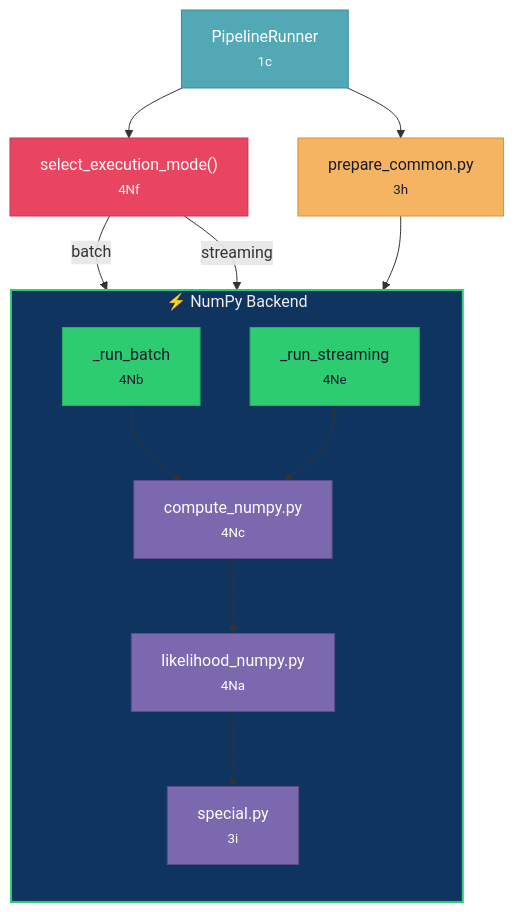
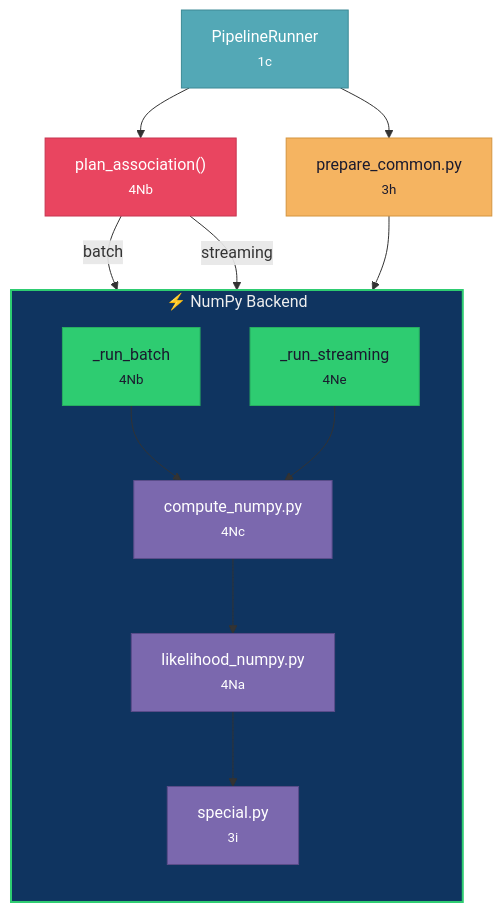
One commit to michael-denyer/jamma changed the fifth of 5 diagrams in docs/CODEMAP.md. Above: the diagram before and after it, drawn with Mermaid. The commit also changed other lines of this file and 26 other files, not shown here.

````diff
--- a/docs/CODEMAP.md
+++ b/docs/CODEMAP.md
@@ -497,35 +495,35 @@
 ```mermaid
 flowchart TD
     PIPE["PipelineRunner<br/><small>1c</small>"]
-    SEL["select_execution_mode()<br/><small>4Nf</small>"]
+    SEL["plan_association()<br/><small>4Nb</small>"]
     PREP["prepare_common.py<br/><small>3h</small>"]
 
     subgraph NP["⚡ NumPy Backend"]
         direction TB
         BATCH["_run_batch<br/><small>4Nb</small>"]
         STREAM["_run_streaming<br/><small>4Ne</small>"]
         CN["compute_numpy.py<br/><small>4Nc</small>"]
         LN["likelihood_numpy.py<br/><small>4Na</small>"]
         SP["special.py<br/><small>3i</small>"]
     end
 
     PIPE --> SEL
     SEL -->|batch| BATCH
     SEL -->|streaming| STREAM
     PIPE --> PREP
     PREP --> NP
     BATCH --> CN --> LN
     STREAM --> CN
     LN --> SP
 
     style NP fill:#0f3460,stroke:#2ecc71,color:#eee,stroke-width:2px
 
     style PIPE fill:#53a8b6,stroke:#3d8a96,color:#fff
     style SEL fill:#e94560,stroke:#c73550,color:#fff
     style PREP fill:#f5b461,stroke:#d4943f,color:#1a1a2e
     style BATCH fill:#2ecc71,stroke:#27ae60,color:#1a1a2e
     style STREAM fill:#2ecc71,stroke:#27ae60,color:#1a1a2e
     style CN fill:#7b68ae,stroke:#5a4d8a,color:#fff
     style LN fill:#7b68ae,stroke:#5a4d8a,color:#fff
     style SP fill:#7b68ae,stroke:#5a4d8a,color:#fff
 ```
````
